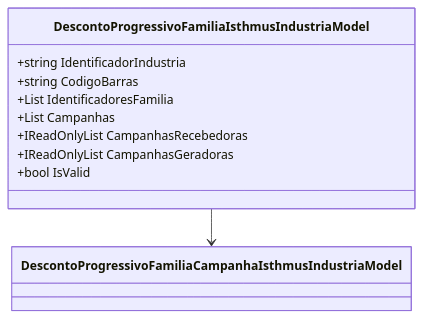
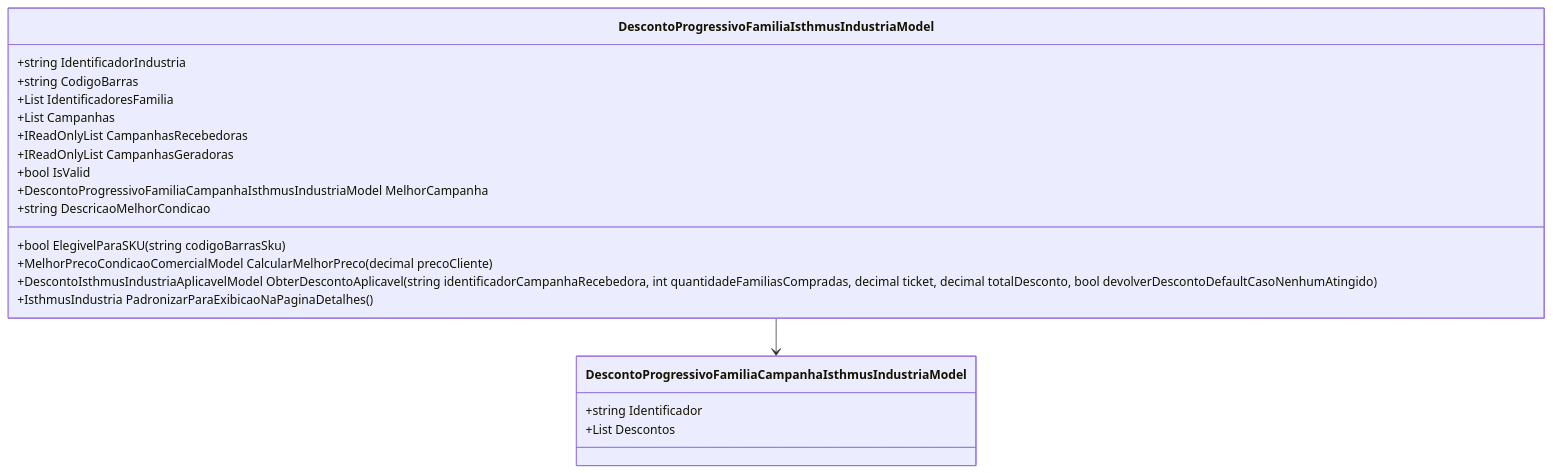
The diagram in docs/b2b-dominio/IsthmusWinthor.Nucleo/IsthmusWinthor.Dominio/POCO/Precos/IsthmusIndustrias/CondicoesComerciais/DescontosProgressivosFamilias/DescontoProgressivoFamiliaIsthmusIndustriaModel.md (IsthmusSistemas/documentacao-tecnica), drawn with Mermaid before and after one commit. The commit also changed other lines of this file and 882 other files, not shown here.

````diff
--- a/docs/b2b-dominio/IsthmusWinthor.Nucleo/IsthmusWinthor.Dominio/POCO/Precos/IsthmusIndustrias/CondicoesComerciais/DescontosProgressivosFamilias/DescontoProgressivoFamiliaIsthmusIndustriaModel.md
+++ b/docs/b2b-dominio/IsthmusWinthor.Nucleo/IsthmusWinthor.Dominio/POCO/Precos/IsthmusIndustrias/CondicoesComerciais/DescontosProgressivosFamilias/DescontoProgressivoFamiliaIsthmusIndustriaModel.md
@@ -98,14 +69,25 @@
 ```mermaid
 classDiagram
     class DescontoProgressivoFamiliaIsthmusIndustriaModel {
         +string IdentificadorIndustria
         +string CodigoBarras
         +List<string> IdentificadoresFamilia
         +List<DescontoProgressivoFamiliaCampanhaIsthmusIndustriaModel> Campanhas
         +IReadOnlyList<DescontoProgressivoFamiliaCampanhaIsthmusIndustriaModel> CampanhasRecebedoras
         +IReadOnlyList<DescontoProgressivoFamiliaCampanhaIsthmusIndustriaModel> CampanhasGeradoras
         +bool IsValid
+        +DescontoProgressivoFamiliaCampanhaIsthmusIndustriaModel MelhorCampanha
+        +string DescricaoMelhorCondicao
+        +bool ElegivelParaSKU(string codigoBarrasSku)
+        +MelhorPrecoCondicaoComercialModel CalcularMelhorPreco(decimal precoCliente)
+        +DescontoIsthmusIndustriaAplicavelModel ObterDescontoAplicavel(string identificadorCampanhaRecebedora, int quantidadeFamiliasCompradas, decimal ticket, decimal totalDesconto, bool devolverDescontoDefaultCasoNenhumAtingido)
+        +IsthmusIndustria PadronizarParaExibicaoNaPaginaDetalhes()
+    }
+
+    class DescontoProgressivoFamiliaCampanhaIsthmusIndustriaModel {
+        +string Identificador
+        +List<DescontoProgressivoFamiliaDescontoIsthmusIndustriaModel> Descontos
     }
 
     DescontoProgressivoFamiliaIsthmusIndustriaModel --> DescontoProgressivoFamiliaCampanhaIsthmusIndustriaModel
 ```
````
